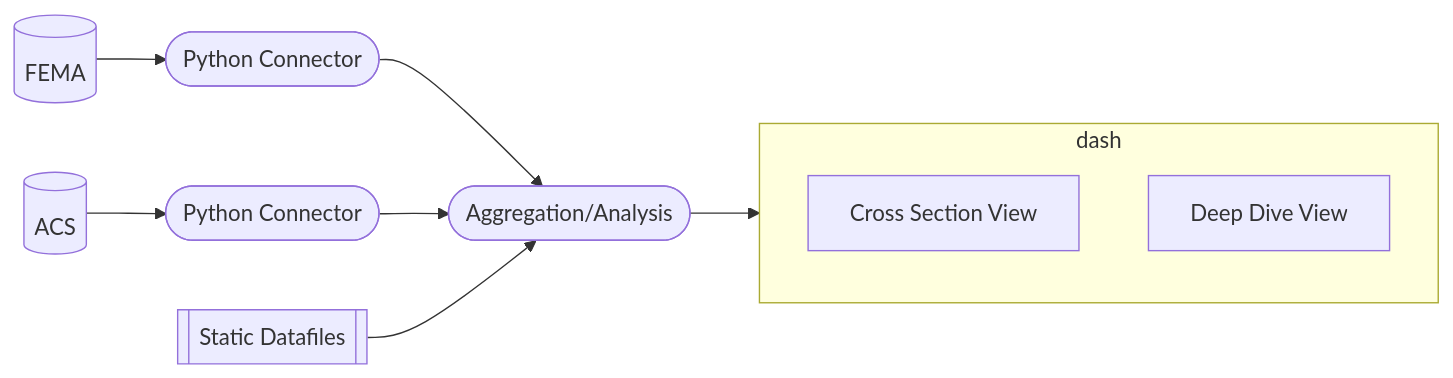
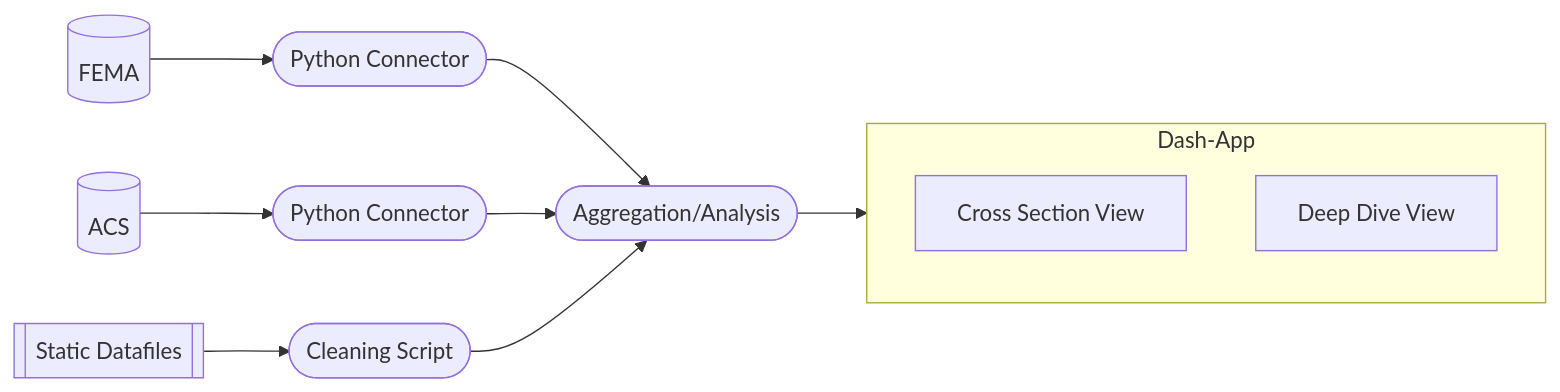
Before and after one commit to uchicago-CAPP30122-win-2022/proj-lamonty-python: the diagram in proj-paper.md, drawn with Mermaid. The commit also changed other lines of this file, not shown here.

````diff
--- a/proj-paper.md
+++ b/proj-paper.md
@@ -9,17 +9,18 @@
 ```mermaid
 flowchart LR
 db1[(FEMA)] --> py1([Python Connector])
 db2[(ACS)] --> py2([Python Connector])
 
 
 py1 --> ag([Aggregation/Analysis])
 py2 --> ag([Aggregation/Analysis])
-ss[[Static Datafiles]] --> ag([Aggregation/Analysis])
+ss[[Static Datafiles]] --> cl([Cleaning Script])
+cl --> ag([Aggregation/Analysis])
 
-subgraph dash
+subgraph Dash-App
   cs[Cross Section View]
   dd[Deep Dive View]
 end
 
-ag --> dash
+ag --> Dash-App
 ```
````
